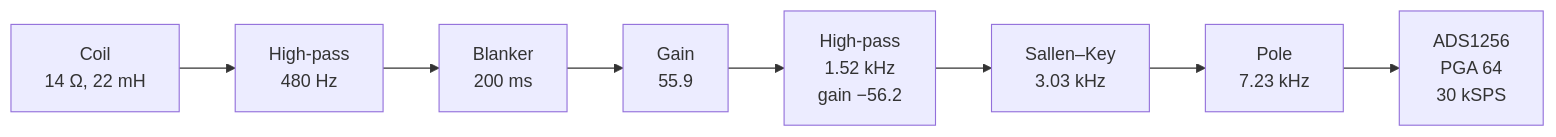
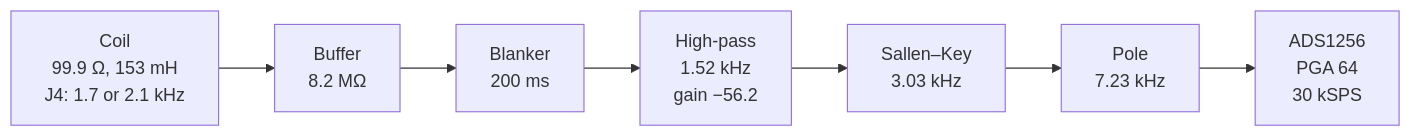
The first of 2 diagrams in docs/receiver-estimator-slides.md (ethanewer/ece455), drawn with Mermaid before and after one commit. The commit also changed other lines of this file and 30 other files, not shown here.

````diff
--- a/docs/receiver-estimator-slides.md
+++ b/docs/receiver-estimator-slides.md
@@ -3,10 +3,9 @@
 ```mermaid
 flowchart LR
-  coil["Coil\n14 Ω, 22 mH"] --> hp["High-pass\n480 Hz"]
-  hp --> blank["Blanker\n200 ms"]
-  blank --> g1["Gain\n55.9"]
-  g1 --> hp2["High-pass\n1.52 kHz\ngain −56.2"]
+  coil["Coil\n99.9 Ω, 153 mH\nJ4: 1.7 or 2.1 kHz"] --> buf["Buffer\n8.2 MΩ"]
+  buf --> blank["Blanker\n200 ms"]
+  blank --> hp2["High-pass\n1.52 kHz\ngain −56.2"]
   hp2 --> lpf["Sallen–Key\n3.03 kHz"]
   lpf --> pole["Pole\n7.23 kHz"]
   pole --> adc["ADS1256\nPGA 64\n30 kSPS"]
 ```
````
